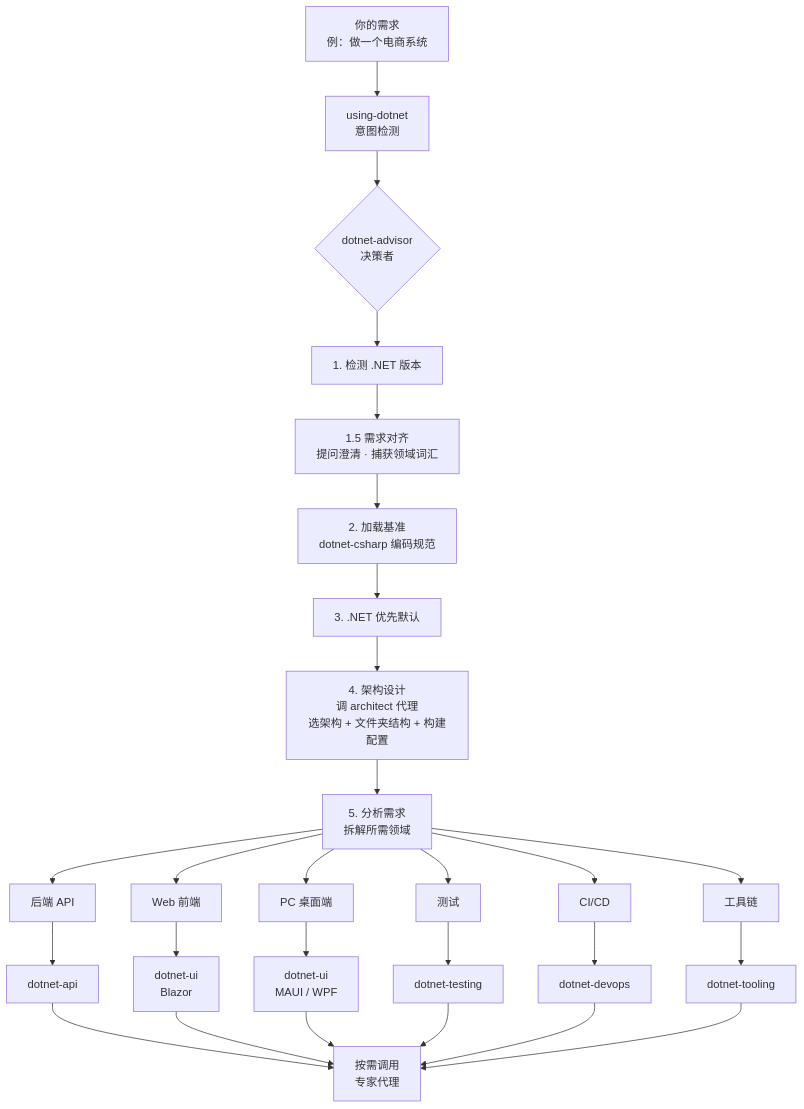
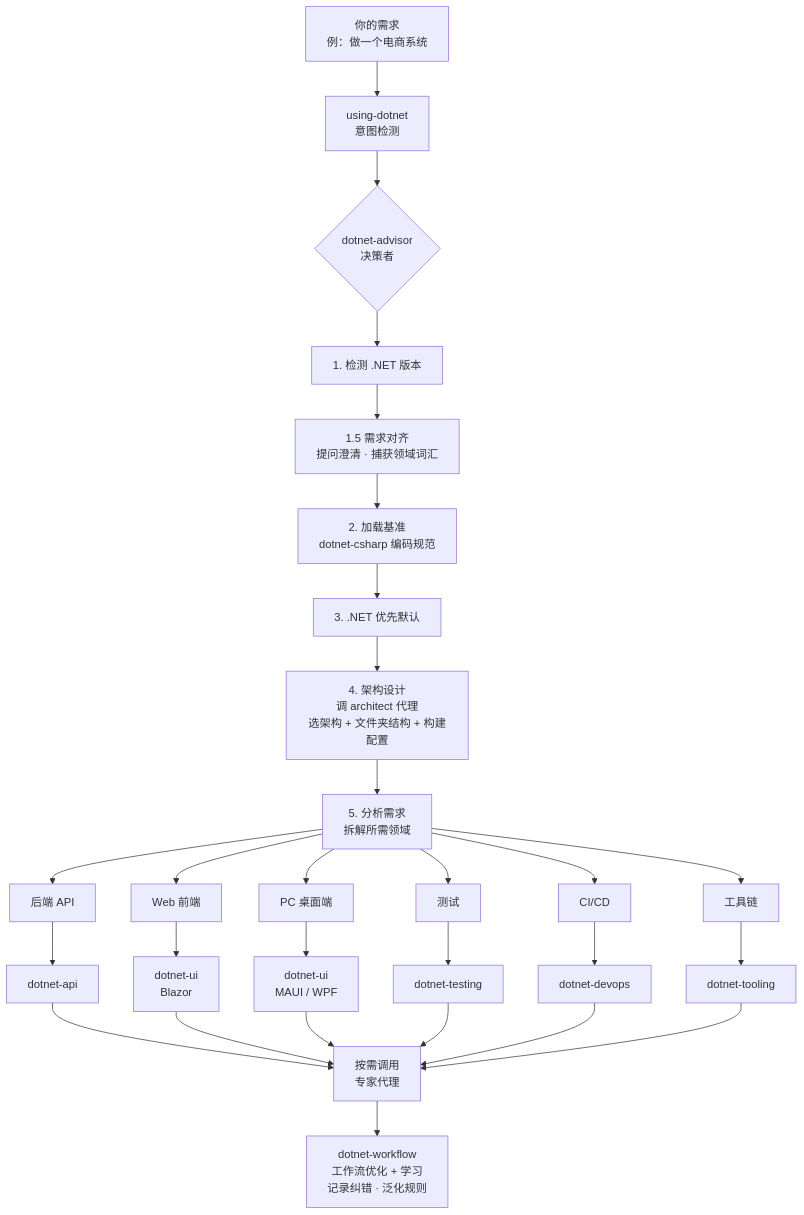
One commit to YataoFeng/dotnet-artisan changed the diagram in README.md. Above: the diagram before and after it, drawn with Mermaid. The commit also changed other lines of this file and 1 other file, not shown here.

Commit message:
docs: add learning example to README scenarios, add dotnet-workflow to flowchart, add learning trigger to agent table

````diff
--- a/README.md
+++ b/README.md
@@ -50,29 +50,30 @@
 ```mermaid
 flowchart TD
     A[你的需求<br/>例：做一个电商系统] --> B[using-dotnet<br/>意图检测]
     B --> C{dotnet-advisor<br/>决策者}
     C --> D[1. 检测 .NET 版本]
     D --> E[1.5 需求对齐<br/>提问澄清 · 捕获领域词汇]
     E --> F[2. 加载基准<br/>dotnet-csharp 编码规范]
     F --> G[3. .NET 优先默认]
     G --> H[4. 架构设计<br/>调 architect 代理<br/>选架构 + 文件夹结构 + 构建配置]
     H --> I[5. 分析需求<br/>拆解所需领域]
     I --> I1[后端 API]
     I --> I2[Web 前端]
     I --> I3[PC 桌面端]
     I --> I4[测试]
     I --> I5[CI/CD]
     I --> I6[工具链]
     I1 --> J1[dotnet-api]
     I2 --> J2[dotnet-ui<br/>Blazor]
     I3 --> J3[dotnet-ui<br/>MAUI / WPF]
     I4 --> J4[dotnet-testing]
     I5 --> J5[dotnet-devops]
     I6 --> J6[dotnet-tooling]
     J1 --> K[按需调用<br/>专家代理]
     J2 --> K
     J3 --> K
     J4 --> K
     J5 --> K
     J6 --> K
+    K --> L[dotnet-workflow<br/>工作流优化 + 学习<br/>记录纠错 · 泛化规则]
 ```
````
